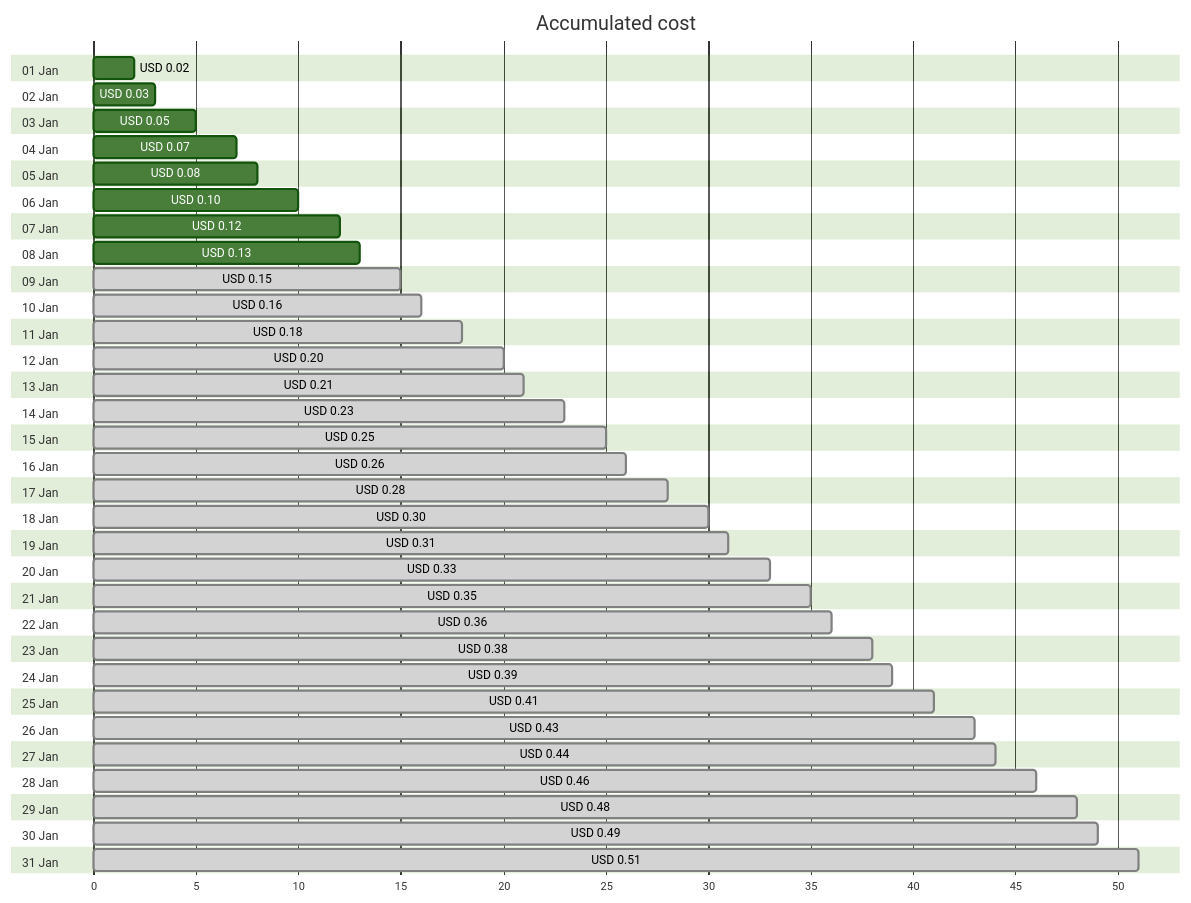
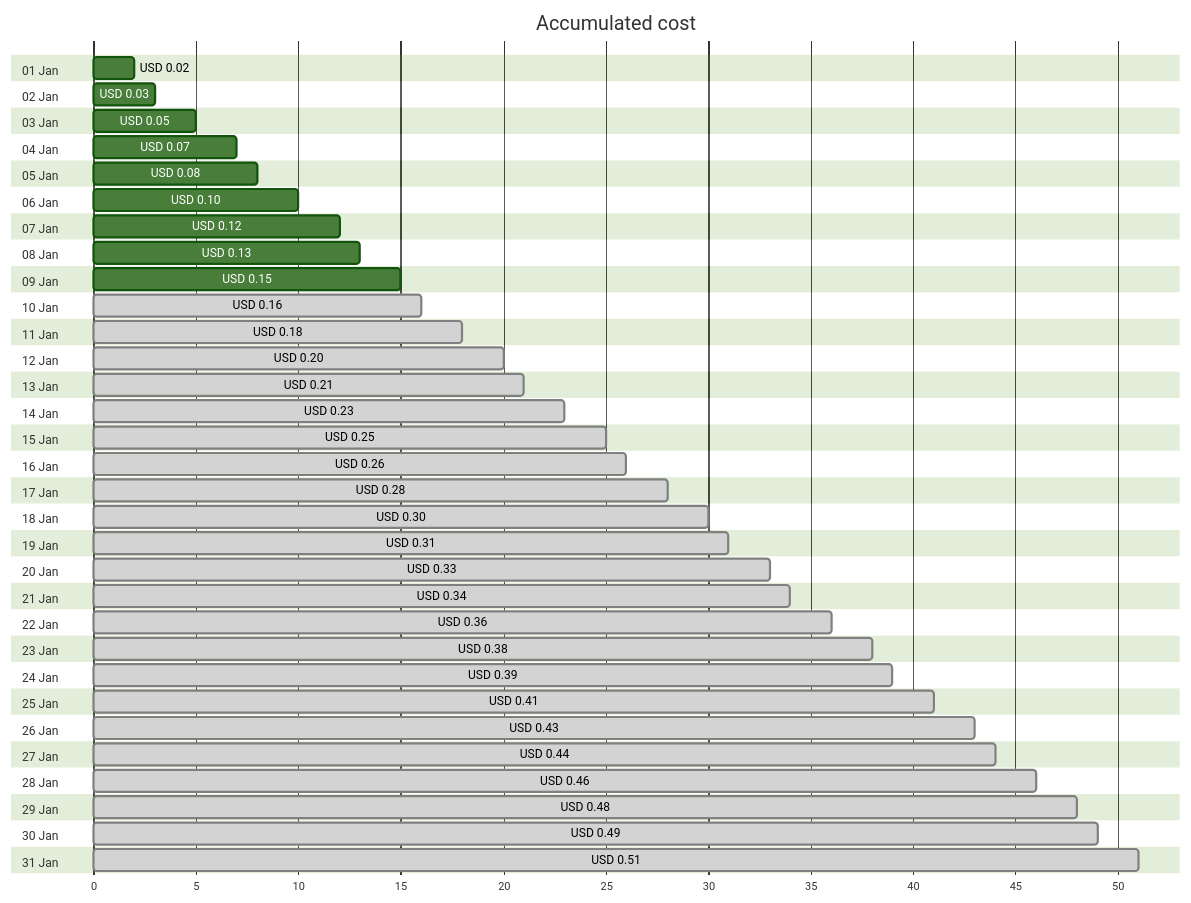
The first of 4 diagrams in cost-reports/personal-dns/jpatrickfulton.dev.md (jpfulton/azure-personal-reports), drawn with Mermaid (forest theme) before and after one commit. The commit also changed other lines of this file and 2 other files, not shown here.

````diff
--- a/cost-reports/personal-dns/jpatrickfulton.dev.md
+++ b/cost-reports/personal-dns/jpatrickfulton.dev.md
@@ -20,68 +20,68 @@
 ```mermaid
 gantt
    title Accumulated cost
    dateFormat  X
    axisFormat %s
    section 01 Jan
    USD 0.02 :0, 2
    section 02 Jan
    USD 0.03 :0, 3
    section 03 Jan
    USD 0.05 :0, 5
    section 04 Jan
    USD 0.07 :0, 7
    section 05 Jan
    USD 0.08 :0, 8
    section 06 Jan
    USD 0.10 :0, 10
    section 07 Jan
    USD 0.12 :0, 12
    section 08 Jan
    USD 0.13 :0, 13
    section 09 Jan
-   USD 0.15 : done, 0, 15
+   USD 0.15 :0, 15
    section 10 Jan
    USD 0.16 : done, 0, 16
    section 11 Jan
    USD 0.18 : done, 0, 18
    section 12 Jan
    USD 0.20 : done, 0, 20
    section 13 Jan
    USD 0.21 : done, 0, 21
    section 14 Jan
    USD 0.23 : done, 0, 23
    section 15 Jan
    USD 0.25 : done, 0, 25
    section 16 Jan
    USD 0.26 : done, 0, 26
    section 17 Jan
    USD 0.28 : done, 0, 28
    section 18 Jan
    USD 0.30 : done, 0, 30
    section 19 Jan
    USD 0.31 : done, 0, 31
    section 20 Jan
    USD 0.33 : done, 0, 33
    section 21 Jan
-   USD 0.35 : done, 0, 35
+   USD 0.34 : done, 0, 34
    section 22 Jan
    USD 0.36 : done, 0, 36
    section 23 Jan
    USD 0.38 : done, 0, 38
    section 24 Jan
    USD 0.39 : done, 0, 39
    section 25 Jan
    USD 0.41 : done, 0, 41
    section 26 Jan
    USD 0.43 : done, 0, 43
    section 27 Jan
    USD 0.44 : done, 0, 44
    section 28 Jan
    USD 0.46 : done, 0, 46
    section 29 Jan
    USD 0.48 : done, 0, 48
    section 30 Jan
    USD 0.49 : done, 0, 49
    section 31 Jan
    USD 0.51 : done, 0, 51
 ```
````
